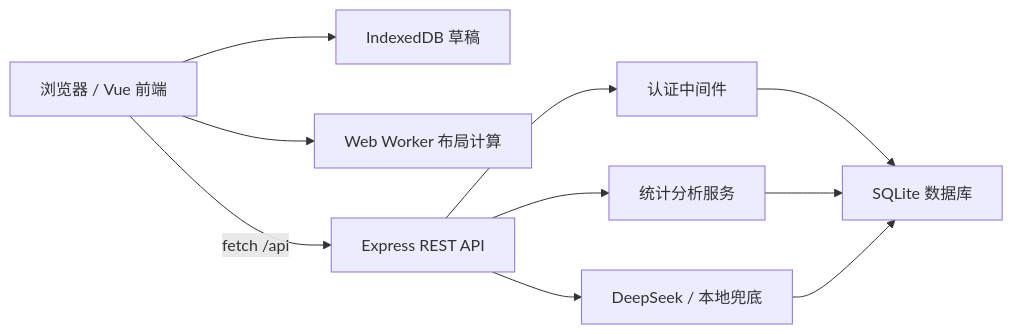
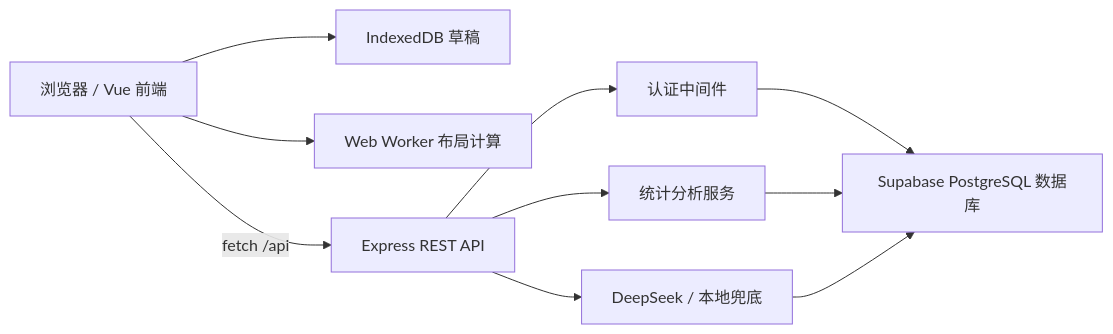
The diagram in README.md (qiyiombre/Web), drawn with Mermaid before and after one commit. The commit also changed other lines of this file and 11 other files, not shown here.

````diff
--- a/README.md
+++ b/README.md
@@ -32,21 +32,21 @@
 ```mermaid
 flowchart LR
   Browser["浏览器 / Vue 前端"]
   Draft["IndexedDB 草稿"]
   Worker["Web Worker 布局计算"]
   API["Express REST API"]
   Auth["认证中间件"]
-  DB["SQLite 数据库"]
+  DB["Supabase PostgreSQL 数据库"]
   Insight["统计分析服务"]
   AI["DeepSeek / 本地兜底"]
 
   Browser -->|fetch /api| API
   Browser --> Draft
   Browser --> Worker
   API --> Auth
   Auth --> DB
   API --> Insight
   Insight --> DB
   API --> AI
   AI --> DB
 ```
````
